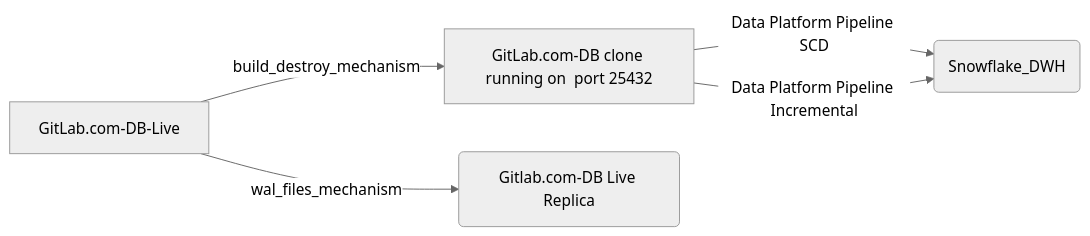
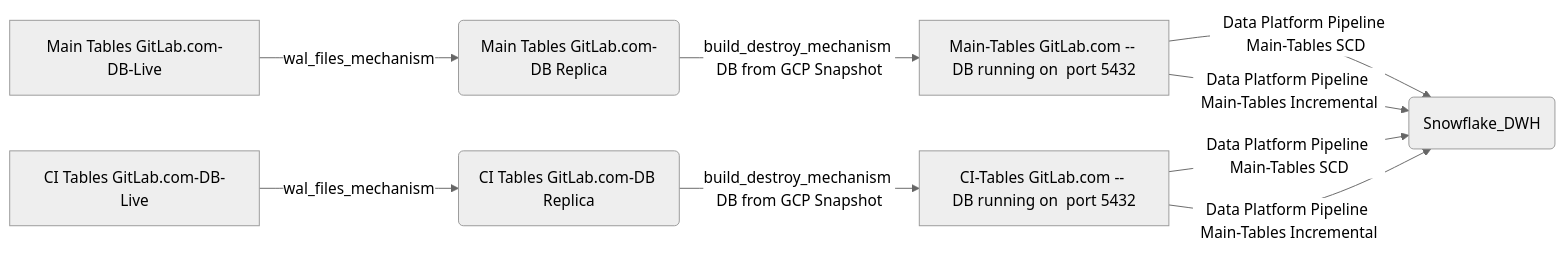
The diagram in business-technology/data-team/platform/pipelines/index.html.md (secretstartups/handbook), drawn with Mermaid (neutral theme) before and after one commit. The commit also changed other lines of this file and 1 other file, not shown here.

Commit message:
Update GitLab.com extraction

````diff
--- a/business-technology/data-team/platform/pipelines/index.html.md
+++ b/business-technology/data-team/platform/pipelines/index.html.md
@@ -22,7 +22,12 @@
 ```mermaid
 graph LR;
-A[GitLab.com-DB-Live] -->|build_destroy_mechanism| B[GitLab.com-DB clone running on  port 25432]
-    A --> |wal_files_mechanism| C(Gitlab.com-DB Live Replica)
-    B --> | Data Platform Pipeline SCD| D(Snowflake_DWH)
-    B --> | Data Platform Pipeline Incremental| D(Snowflake_DWH)
+A[Main Tables GitLab.com-DB-Live] -->|wal_files_mechanism| B(Main Tables GitLab.com-DB Replica) 
+    B --> |build_destroy_mechanism DB from GCP Snapshot | C[Main-Tables GitLab.com -- DB running on  port 5432]
+        C --> | Data Platform Pipeline Main-Tables SCD| E(Snowflake_DWH)
+        C --> | Data Platform Pipeline Main-Tables Incremental| E(Snowflake_DWH)
+
+F[CI Tables GitLab.com-DB-Live] -->|wal_files_mechanism| G(CI Tables GitLab.com-DB Replica)     
+    G --> |build_destroy_mechanism DB from GCP Snapshot | H[CI-Tables GitLab.com -- DB running on  port 5432]
+        H --> | Data Platform Pipeline Main-Tables SCD| E(Snowflake_DWH)
+        H --> | Data Platform Pipeline Main-Tables Incremental| E(Snowflake_DWH) 
 ```
````
